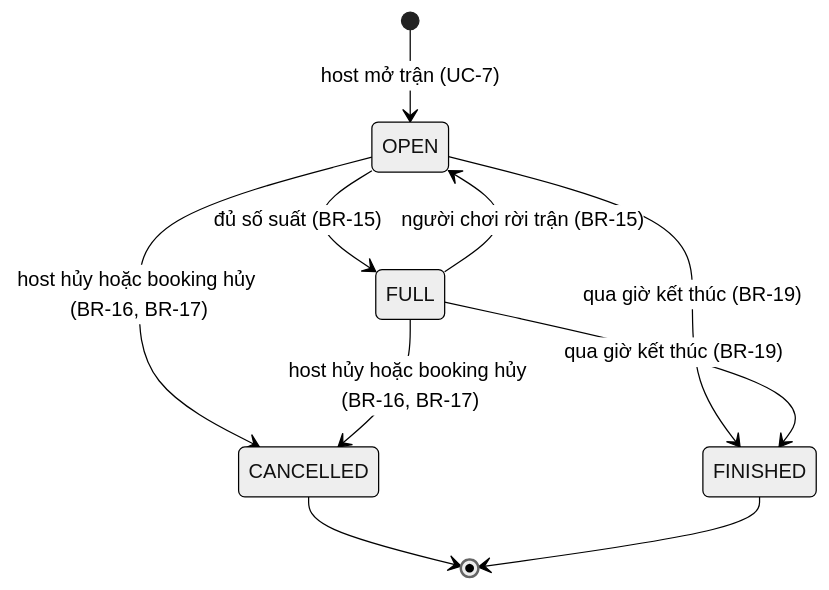
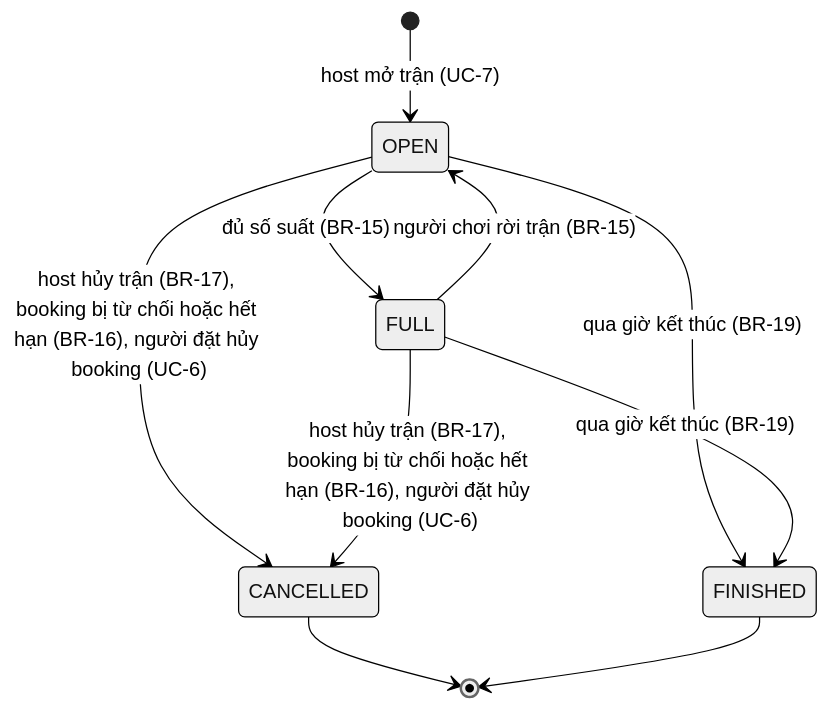
Before and after one commit to Tlerd/MON-Sport: the eighth of 9 diagrams in docs/requirements/models.md, drawn with Mermaid (neutral theme). The commit also changed other lines of this file, not shown here.

````diff
--- a/docs/requirements/models.md
+++ b/docs/requirements/models.md
@@ -226,12 +264,12 @@
 ```mermaid
 stateDiagram-v2
     [*] --> OPEN : host mở trận (UC-7)
     OPEN --> FULL : đủ số suất (BR-15)
     FULL --> OPEN : người chơi rời trận (BR-15)
-    OPEN --> CANCELLED : host hủy hoặc booking hủy (BR-16, BR-17)
-    FULL --> CANCELLED : host hủy hoặc booking hủy (BR-16, BR-17)
+    OPEN --> CANCELLED : host hủy trận (BR-17), booking bị từ chối hoặc hết hạn (BR-16), người đặt hủy booking (UC-6)
+    FULL --> CANCELLED : host hủy trận (BR-17), booking bị từ chối hoặc hết hạn (BR-16), người đặt hủy booking (UC-6)
     OPEN --> FINISHED : qua giờ kết thúc (BR-19)
     FULL --> FINISHED : qua giờ kết thúc (BR-19)
     CANCELLED --> [*]
     FINISHED --> [*]
 ```
````
